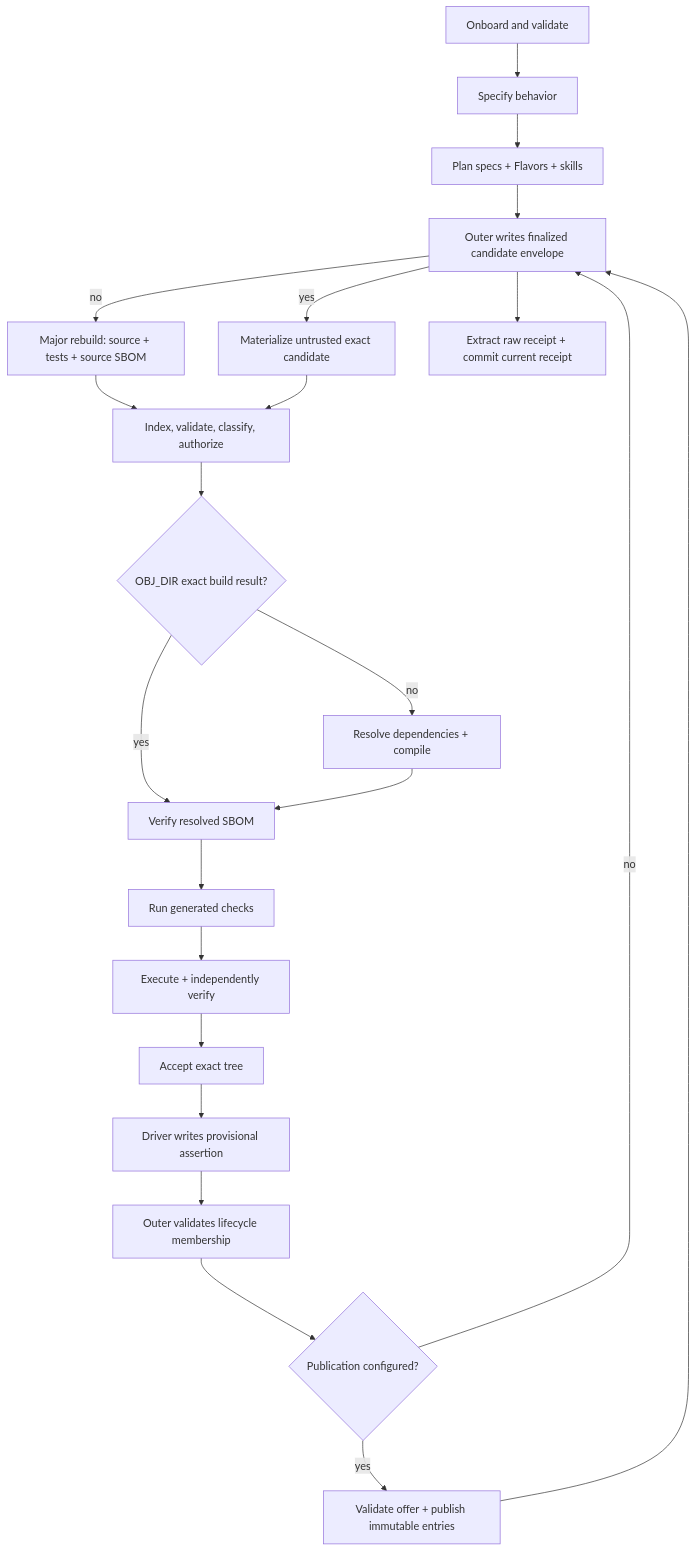
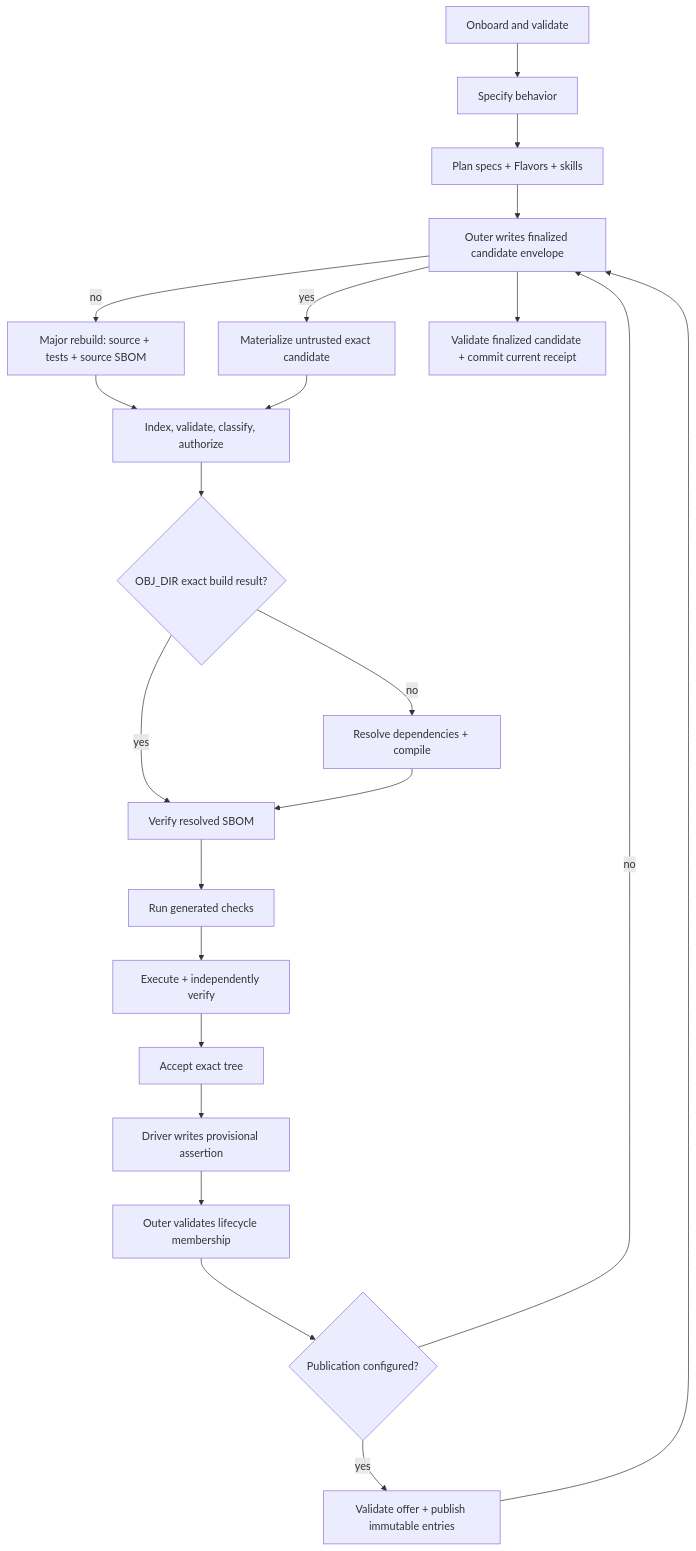
One commit to jordanhubbard/literate-ai changed the second of 8 diagrams in docs/user/framework-flow.md. Above: the diagram before and after it, drawn with Mermaid. The commit also changed other lines of this file and 72 other files, not shown here.

````diff
--- a/docs/user/framework-flow.md
+++ b/docs/user/framework-flow.md
@@ -29,24 +29,24 @@
 ```mermaid
 flowchart TD
     O[Onboard and validate] --> A[Specify behavior]
     A --> B[Plan specs + Flavors + skills]
     B --> C{BUILD_DIR exact accepted source?}
     C -->|no| D[Major rebuild: source + tests + source SBOM]
     C -->|yes| E[Materialize untrusted exact candidate]
     D --> F[Index, validate, classify, authorize]
     E --> F
     F --> Q{OBJ_DIR exact build result?}
     Q -->|no| G[Resolve dependencies + compile]
     Q -->|yes| H
     G --> H[Verify resolved SBOM]
     H --> I[Run generated checks]
     I --> J[Execute + independently verify]
     J --> K[Accept exact tree]
     K --> L[Driver writes provisional assertion]
     L --> V[Outer validates lifecycle membership]
     V --> N{Publication configured?}
     N -->|yes| P[Validate offer + publish immutable entries]
     N -->|no| C[Outer writes finalized candidate envelope]
     P --> C
-    C --> M[Extract raw receipt + commit current receipt]
+    C --> M[Validate finalized candidate + commit current receipt]
 ```
````
